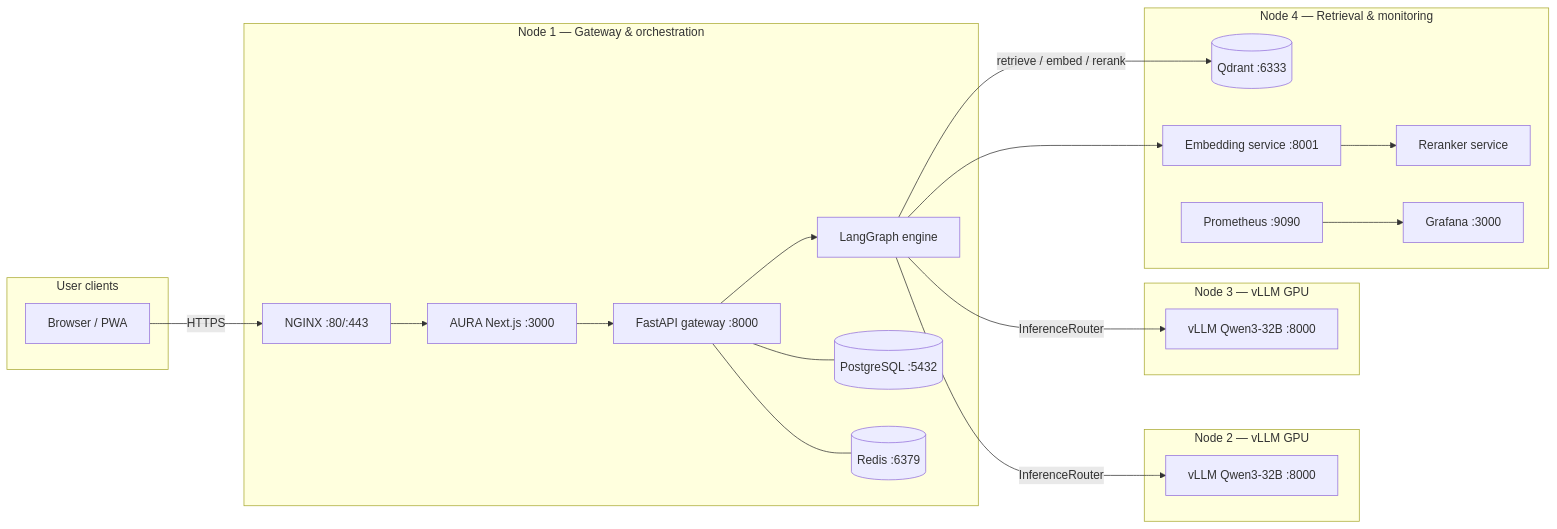
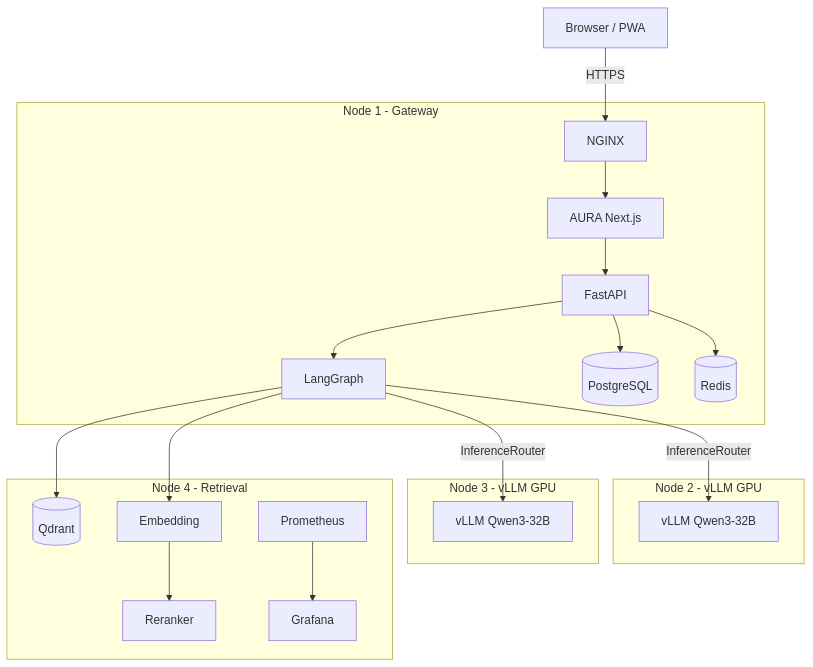
Before and after one commit to Aura-DAU/aura: the diagram in deploy/README.md, drawn with Mermaid. The commit also changed other lines of this file and 1 other file, not shown here.

Commit message:
docs: enhance architecture documentation in README and deploy files
- Added a detailed architecture overview section to the README, illustrating the multi-node layout of the AURA system using a mermaid diagram.
- Updated the deploy README to reflect the new architecture diagram, improving clarity on the roles of each node in the deployment setup.

````diff
--- a/deploy/README.md
+++ b/deploy/README.md
@@ -9,40 +9,39 @@
 ```mermaid
-flowchart LR
-  subgraph clients["User clients"]
-    U[Browser / PWA]
+graph TB
+  U[Browser / PWA]
+
+  subgraph n1 [Node 1 - Gateway]
+    N[NGINX]
+    A[AURA Next.js]
+    B[FastAPI]
+    L[LangGraph]
+    PG[(PostgreSQL)]
+    R[(Redis)]
   end
 
-  subgraph node1["Node 1 — Gateway & orchestration"]
-    N[NGINX :80/:443]
-    A[AURA Next.js :3000]
-    B[FastAPI gateway :8000]
-    L[LangGraph engine]
-    PG[(PostgreSQL :5432)]
-    R[(Redis :6379)]
+  subgraph n2 [Node 2 - vLLM GPU]
+    V2[vLLM Qwen3-32B]
   end
 
-  subgraph node2["Node 2 — vLLM GPU"]
-    V2[vLLM Qwen3-32B :8000]
+  subgraph n3 [Node 3 - vLLM GPU]
+    V3[vLLM Qwen3-32B]
   end
 
-  subgraph node3["Node 3 — vLLM GPU"]
-    V3[vLLM Qwen3-32B :8000]
+  subgraph n4 [Node 4 - Retrieval]
+    Q[(Qdrant)]
+    E[Embedding]
+    RR[Reranker]
+    P[Prometheus]
+    G[Grafana]
   end
 
-  subgraph node4["Node 4 — Retrieval & monitoring"]
-    Q[(Qdrant :6333)]
-    E[Embedding service :8001]
-    RR[Reranker service]
-    P[Prometheus :9090]
-    G[Grafana :3000]
-  end
-
-  U -->|HTTPS| N --> A --> B --> L
-  B --- PG
-  B --- R
+  U -->|HTTPS| N
+  N --> A --> B --> L
+  B --> PG
+  B --> R
   L -->|InferenceRouter| V2
   L -->|InferenceRouter| V3
-  L -->|retrieve / embed / rerank| Q
+  L --> Q
   L --> E --> RR
   P --> G
 ```
````
